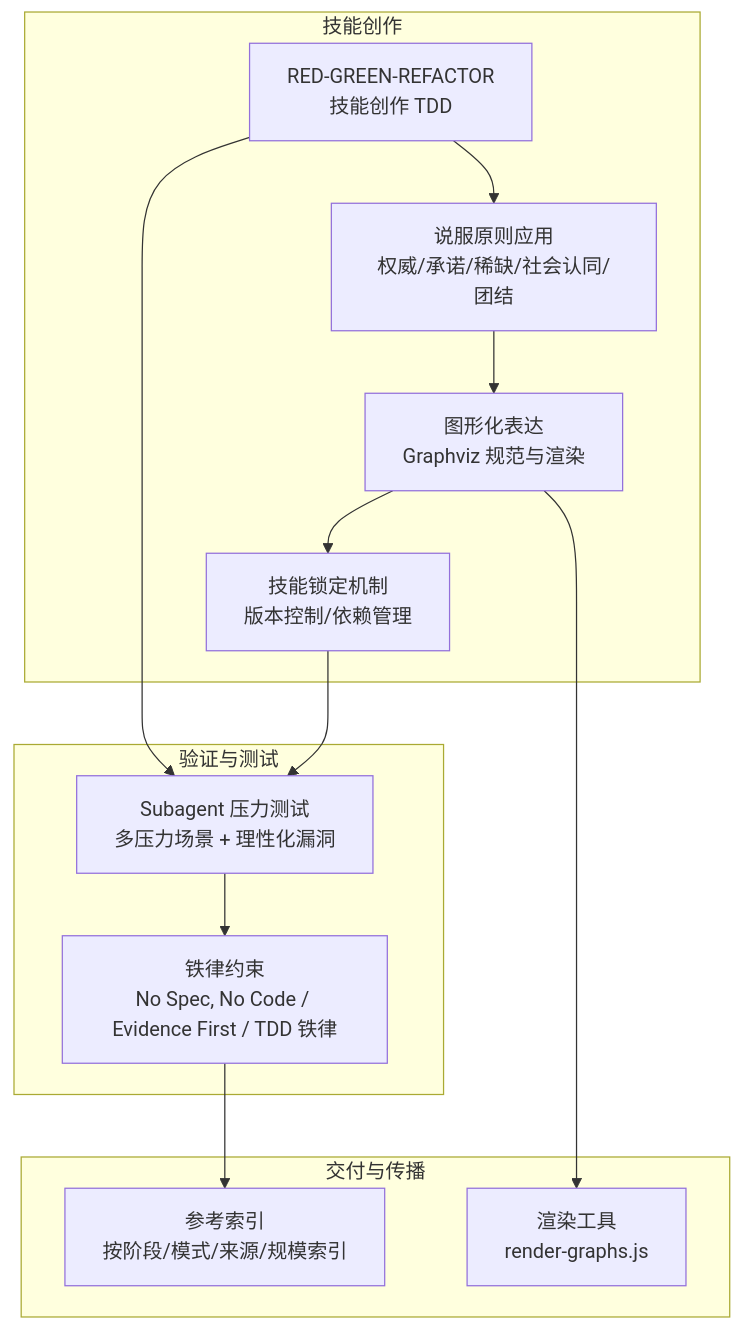
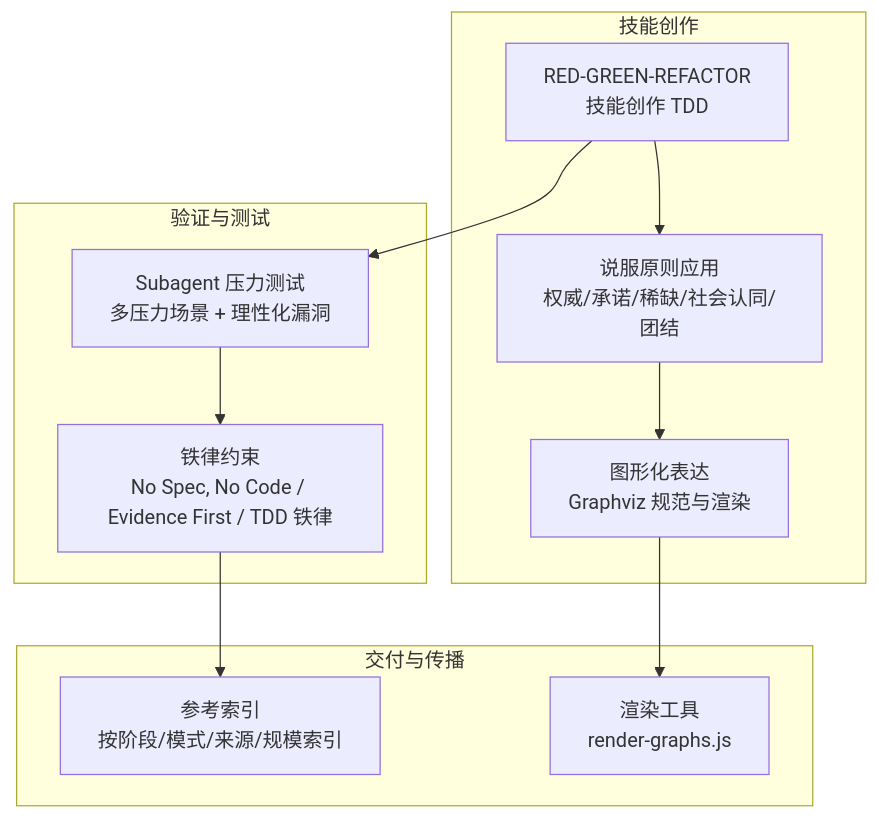
One commit to AngelWings1997/altas changed the second of 9 diagrams in .qoder/repowiki/zh/content/超级能力模块/技能编写指南.md. Above: the diagram before and after it, drawn with Mermaid. The commit also changed other lines of this file and 4 other files, not shown here.

````diff
--- a/.qoder/repowiki/zh/content/超级能力模块/技能编写指南.md
+++ b/.qoder/repowiki/zh/content/超级能力模块/技能编写指南.md
@@ -119,25 +113,22 @@
 ```mermaid
 graph TB
 subgraph "技能创作"
 TDD["RED-GREEN-REFACTOR<br/>技能创作 TDD"]
 Persuade["说服原则应用<br/>权威/承诺/稀缺/社会认同/团结"]
 Graph["图形化表达<br/>Graphviz 规范与渲染"]
-Lock["技能锁定机制<br/>版本控制/依赖管理"]
 end
 subgraph "验证与测试"
 Subagent["Subagent 压力测试<br/>多压力场景 + 理性化漏洞"]
 IronLaw["铁律约束<br/>No Spec, No Code / Evidence First / TDD 铁律"]
 end
 subgraph "交付与传播"
 Index["参考索引<br/>按阶段/模式/来源/规模索引"]
 Render["渲染工具<br/>render-graphs.js"]
 end
 TDD --> Persuade
 Persuade --> Graph
-Graph --> Lock
-Lock --> Subagent
 TDD --> Subagent
 Subagent --> IronLaw
 IronLaw --> Index
 Graph --> Render
 ```
````
